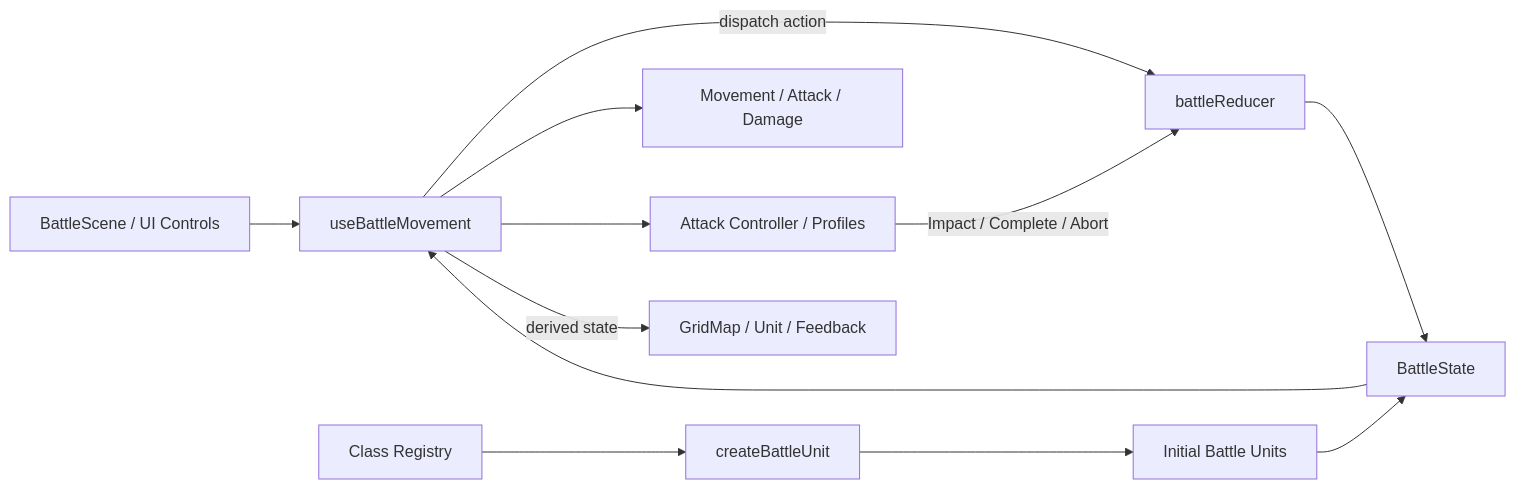
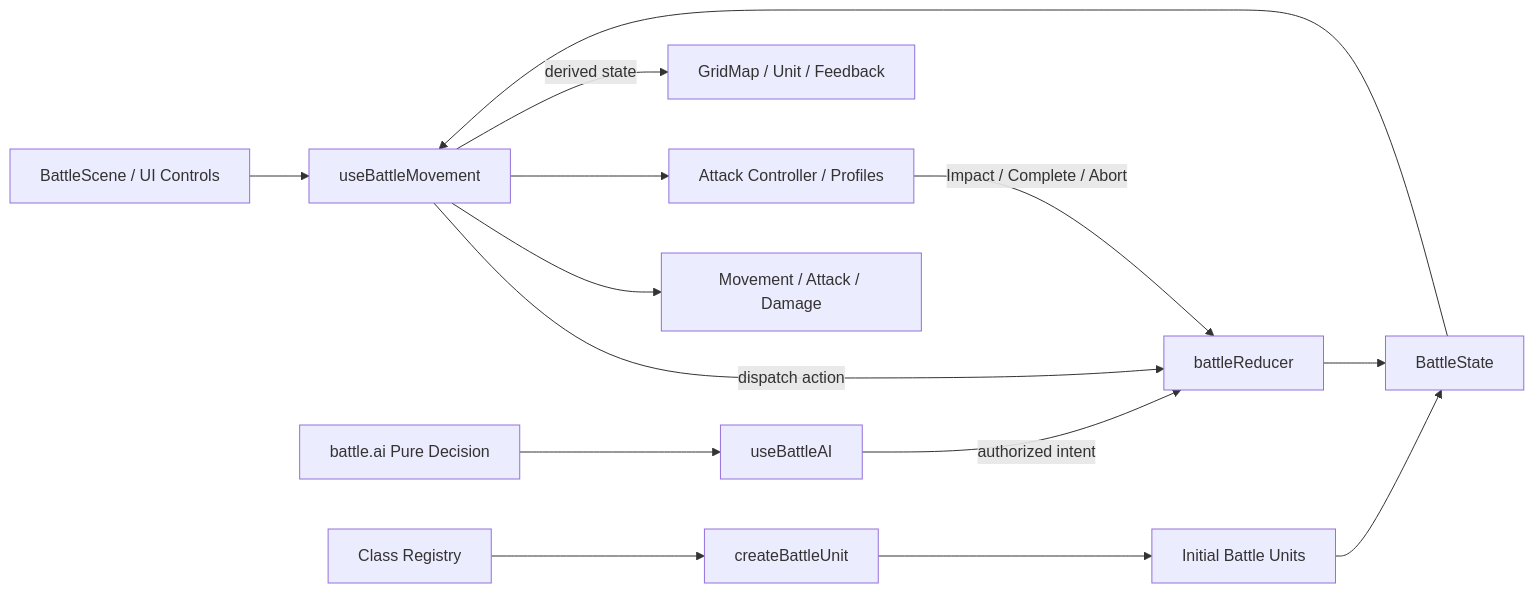
Before and after one commit to uNaXiG/sword-of-sealing: the first of 4 diagrams in docs/ARCHITECTURE.md, drawn with Mermaid. The commit also changed other lines of this file and 19 other files, not shown here.

First line of the commit message:
feat: Implement AI decision-making for battle actions

````diff
--- a/docs/ARCHITECTURE.md
+++ b/docs/ARCHITECTURE.md
@@ -46,14 +46,16 @@
 ```mermaid
 flowchart LR
     UI[BattleScene / UI Controls] --> Hook[useBattleMovement]
     Hook -->|dispatch action| Reducer[battleReducer]
+    AIHook[useBattleAI] -->|authorized intent| Reducer
+    AIEngine[battle.ai Pure Decision] --> AIHook
     Hook --> Rules[Movement / Attack / Damage]
     Hook --> Animation[Attack Controller / Profiles]
     Reducer --> State[BattleState]
     State --> Hook
     Hook -->|derived state| Render[GridMap / Unit / Feedback]
     Animation -->|Impact / Complete / Abort| Reducer
     Registry[Class Registry] --> Factory[createBattleUnit]
     Factory --> Initial[Initial Battle Units]
     Initial --> State
 ```
````
